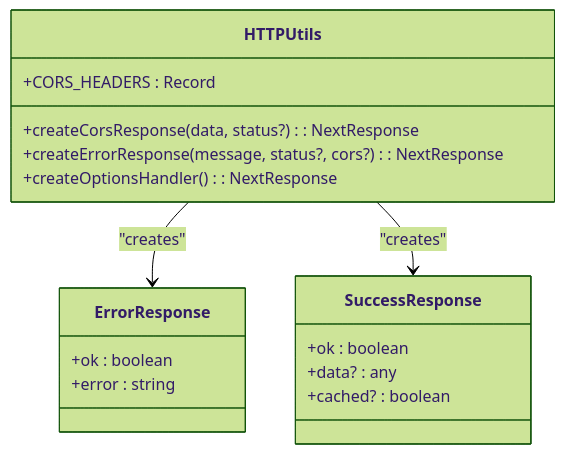
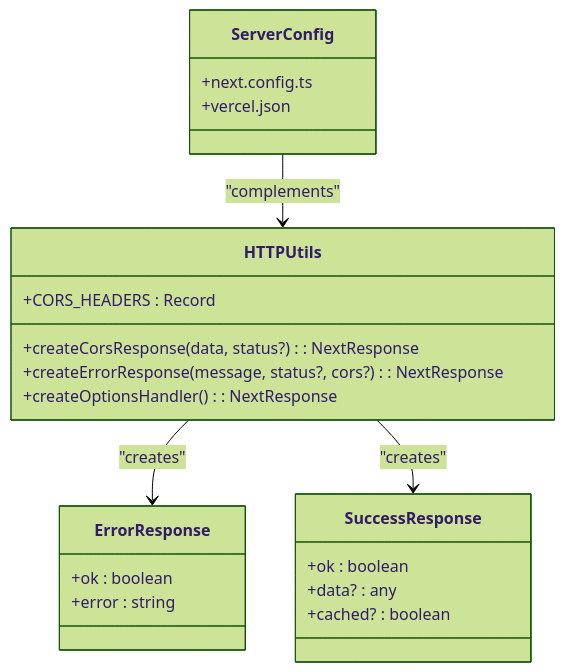
One commit to lommaks777/pesonalisev2 changed the first of 2 diagrams in .qoder/repowiki/en/content/HTTP Utilities.md. Above: the diagram before and after it, drawn with Mermaid (forest theme). The commit also changed other lines of this file and 16 other files, not shown here.

````diff
--- a/.qoder/repowiki/en/content/HTTP Utilities.md
+++ b/.qoder/repowiki/en/content/HTTP Utilities.md
@@ -30,20 +45,25 @@
 ```mermaid
 classDiagram
 class HTTPUtils {
 +CORS_HEADERS : Record<string,string>
 +createCorsResponse(data, status?) : NextResponse
 +createErrorResponse(message, status?, cors?) : NextResponse
 +createOptionsHandler() : NextResponse
 }
 class ErrorResponse {
 +ok : boolean
 +error : string
 }
 class SuccessResponse {
 +ok : boolean
 +data? : any
 +cached? : boolean
 }
+class ServerConfig {
++next.config.ts
++vercel.json
+}
 HTTPUtils --> ErrorResponse : "creates"
 HTTPUtils --> SuccessResponse : "creates"
+ServerConfig --> HTTPUtils : "complements"
 ```
````
